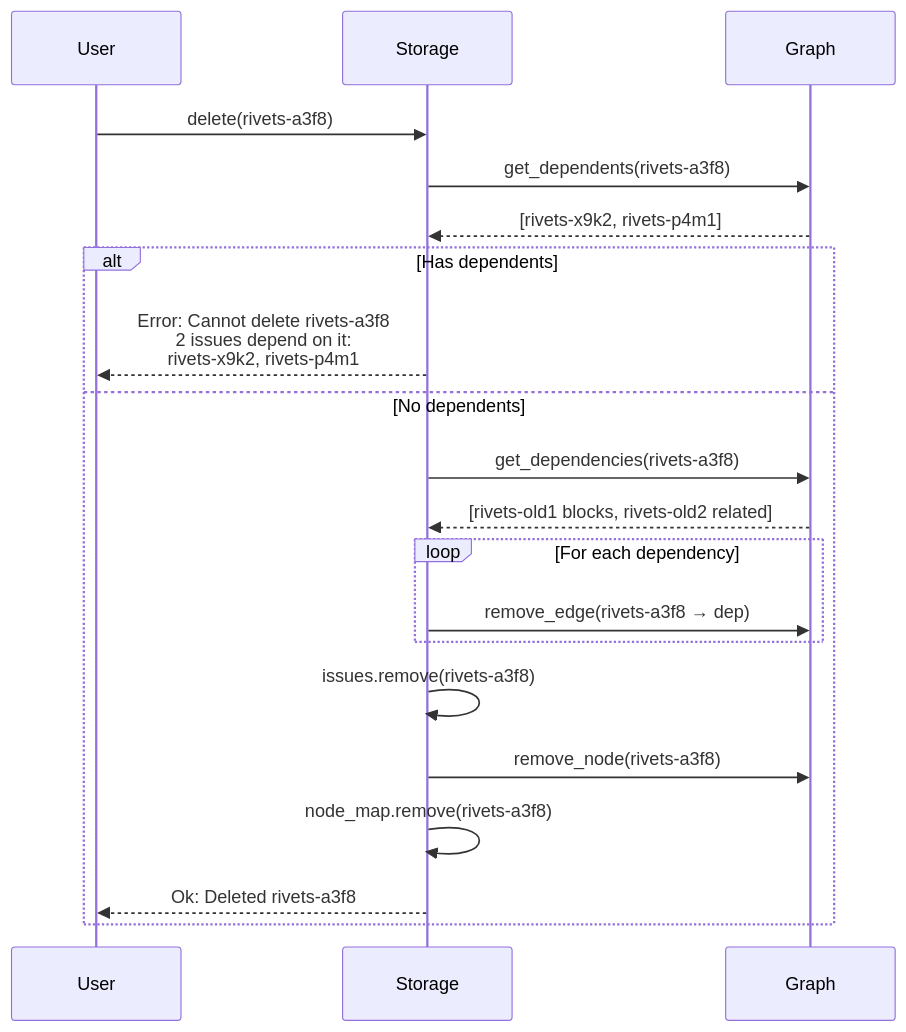
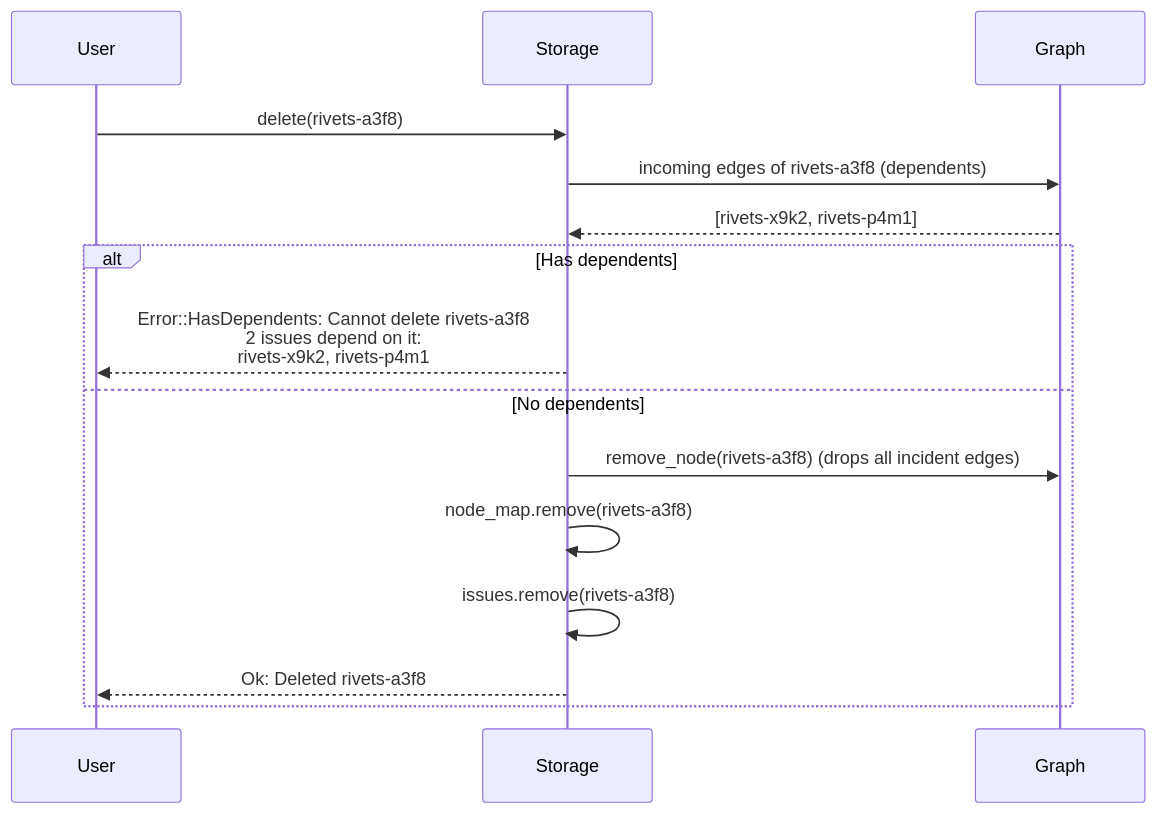
Before and after one commit to dwalleck/rivets: the eighth of 9 diagrams in docs/storage-architecture.md, drawn with Mermaid. The commit also changed other lines of this file and 4 other files, not shown here.

````diff
--- a/docs/storage-architecture.md
+++ b/docs/storage-architecture.md
@@ -299,24 +377,19 @@
 ```mermaid
 sequenceDiagram
     participant User
     participant Storage
     participant Graph
 
     User->>Storage: delete(rivets-a3f8)
-    Storage->>Graph: get_dependents(rivets-a3f8)
+    Storage->>Graph: incoming edges of rivets-a3f8 (dependents)
     Graph-->>Storage: [rivets-x9k2, rivets-p4m1]
 
     alt Has dependents
-        Storage-->>User: Error: Cannot delete rivets-a3f8<br/>2 issues depend on it:<br/>rivets-x9k2, rivets-p4m1
+        Storage-->>User: Error::HasDependents: Cannot delete rivets-a3f8<br/>2 issues depend on it:<br/>rivets-x9k2, rivets-p4m1
     else No dependents
-        Storage->>Graph: get_dependencies(rivets-a3f8)
-        Graph-->>Storage: [rivets-old1 blocks, rivets-old2 related]
-        loop For each dependency
-            Storage->>Graph: remove_edge(rivets-a3f8 → dep)
-        end
+        Storage->>Graph: remove_node(rivets-a3f8) (drops all incident edges)
+        Storage->>Storage: node_map.remove(rivets-a3f8)
         Storage->>Storage: issues.remove(rivets-a3f8)
-        Storage->>Graph: remove_node(rivets-a3f8)
-        Storage->>Storage: node_map.remove(rivets-a3f8)
         Storage-->>User: Ok: Deleted rivets-a3f8
     end
 ```
````
